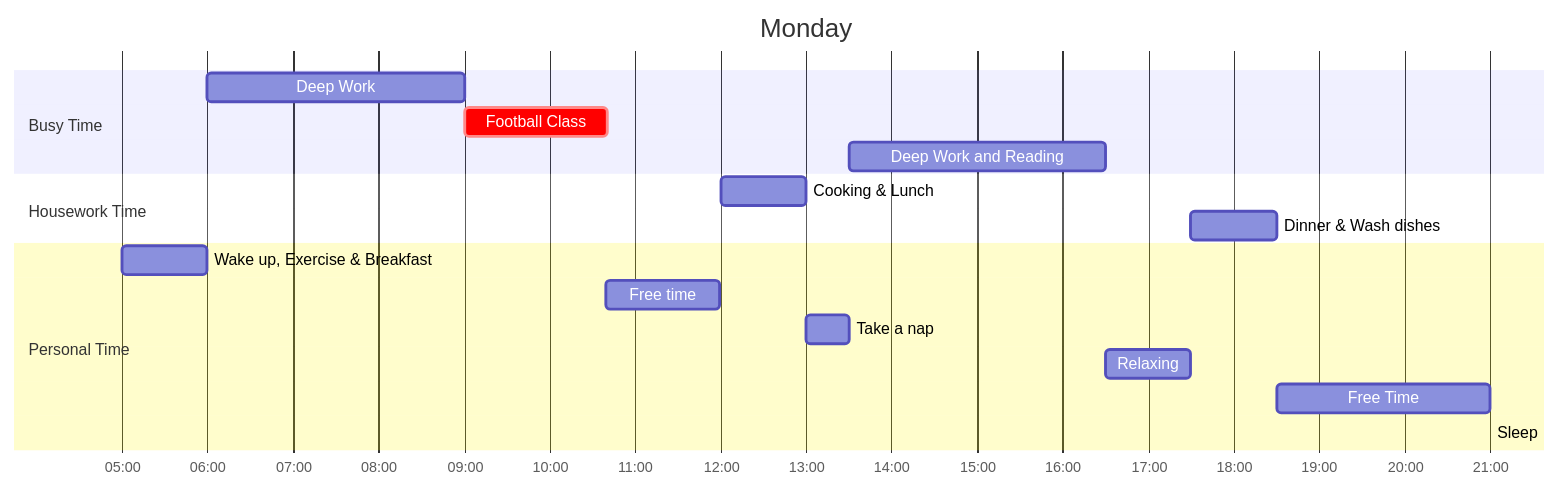
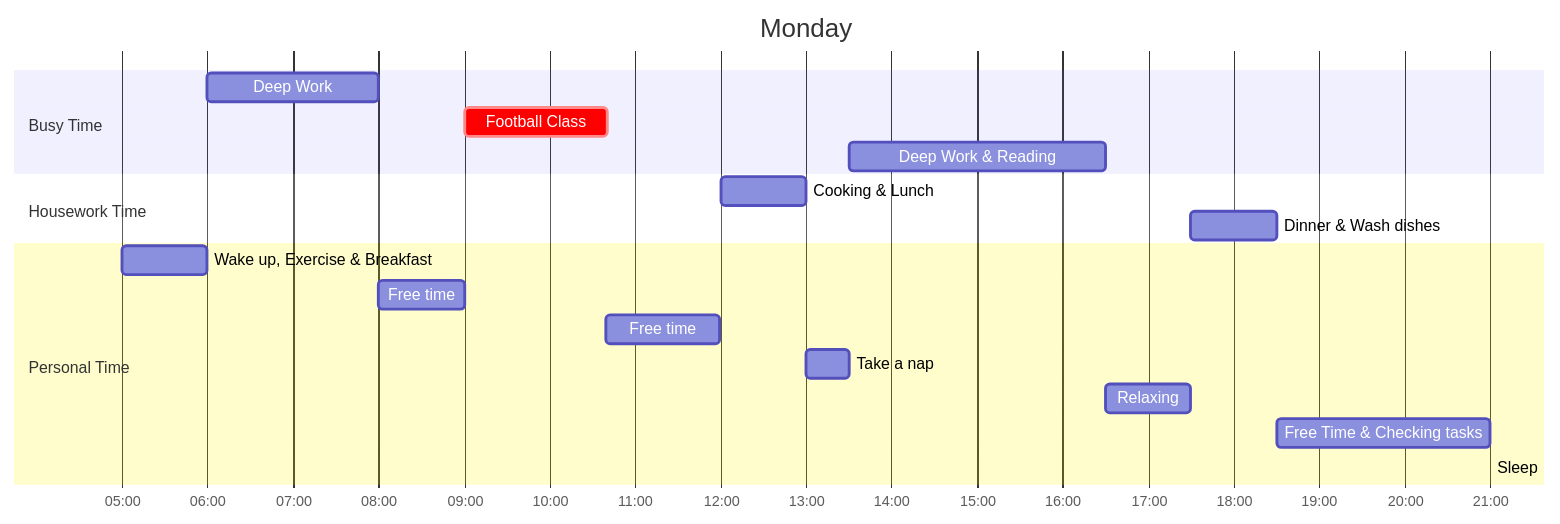
The first of 4 diagrams in balance/README.md (S-ROLL/notebook.maths), drawn with Mermaid before and after one commit. The commit also changed other lines of this file, not shown here.

````diff
--- a/balance/README.md
+++ b/balance/README.md
@@ -3,23 +2,24 @@
 ```mermaid
 gantt
     title Monday
     dateFormat  HH:mm
     axisFormat  %H:%M
     
     section Busy Time
-    Deep Work             :06:00, 3h
-    Football Class           : crit, 09:00, 1.67h
-    Deep Work and Reading :13:30, 3h
+    Deep Work             :06:00, 2h
+    Football Class        : crit, 09:00, 1.67h
+    Deep Work & Reading :13:30, 3h
 
     section Housework Time
-    Cooking & Lunch          :12:00, 1h
-    Dinner & Wash dishes              :17:30, 1h
+    Cooking & Lunch      :12:00, 1h
+    Dinner & Wash dishes :17:30, 1h
 
     section Personal Time
-    Wake up, Exercise & Breakfast  :05:00, 1h
+    Wake up, Exercise & Breakfast :05:00, 1h
+    Free time                     :08:00, 1h
     Free time                     :10:40, 1.33h
     Take a nap                    :13:00, 0.5h
     Relaxing                      :16:30, 1h
-    Free Time                     :18:30, 2.5h
+    Free Time  & Checking tasks                    :18:30, 2.5h
     Sleep                         :21:00
 ```
````
